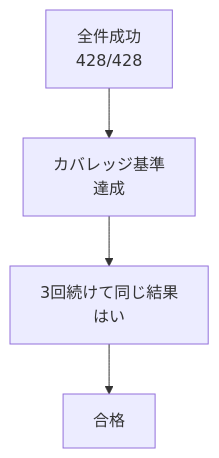
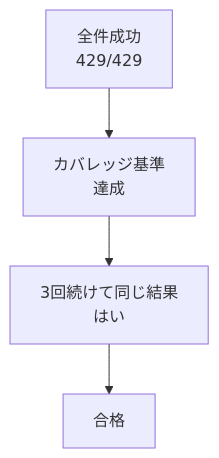
One commit to pocarialice/rpglearning changed the third of 3 diagrams in documents/モジュールテスト結果報告書_RPG学習アプリ.md. Above: the diagram before and after it, drawn with Mermaid. The commit also changed other lines of this file and 2 other files, not shown here.

````diff
--- a/documents/モジュールテスト結果報告書_RPG学習アプリ.md
+++ b/documents/モジュールテスト結果報告書_RPG学習アプリ.md
@@ -984,6 +993,6 @@
 ```mermaid
 flowchart TD
-  A["全件成功<br>428/428"] --> B["カバレッジ基準<br>達成"]
+  A["全件成功<br>429/429"] --> B["カバレッジ基準<br>達成"]
   B --> C["3回続けて同じ結果<br>はい"]
   C --> D["合格"]
 ```
````
